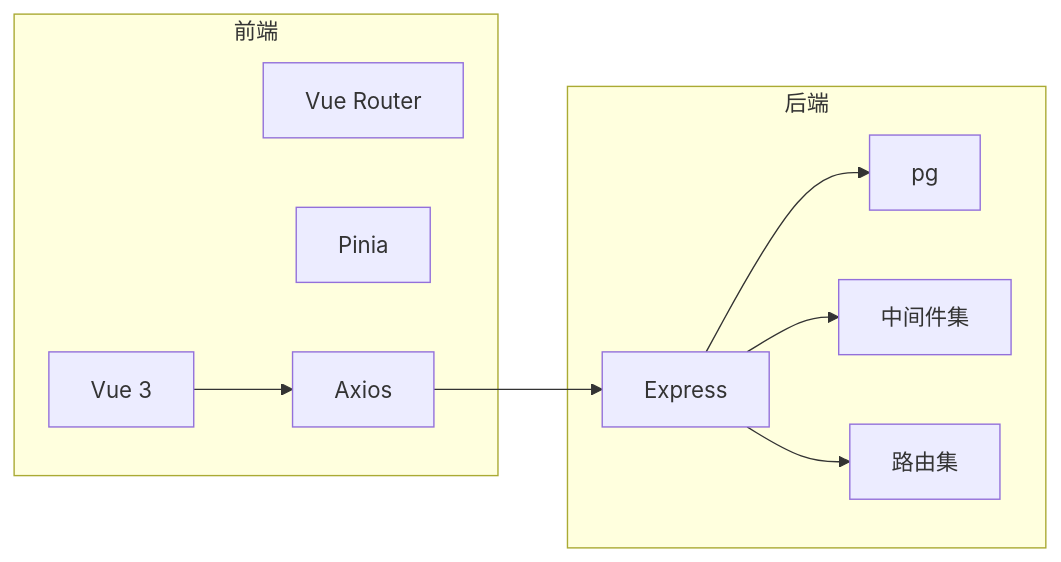
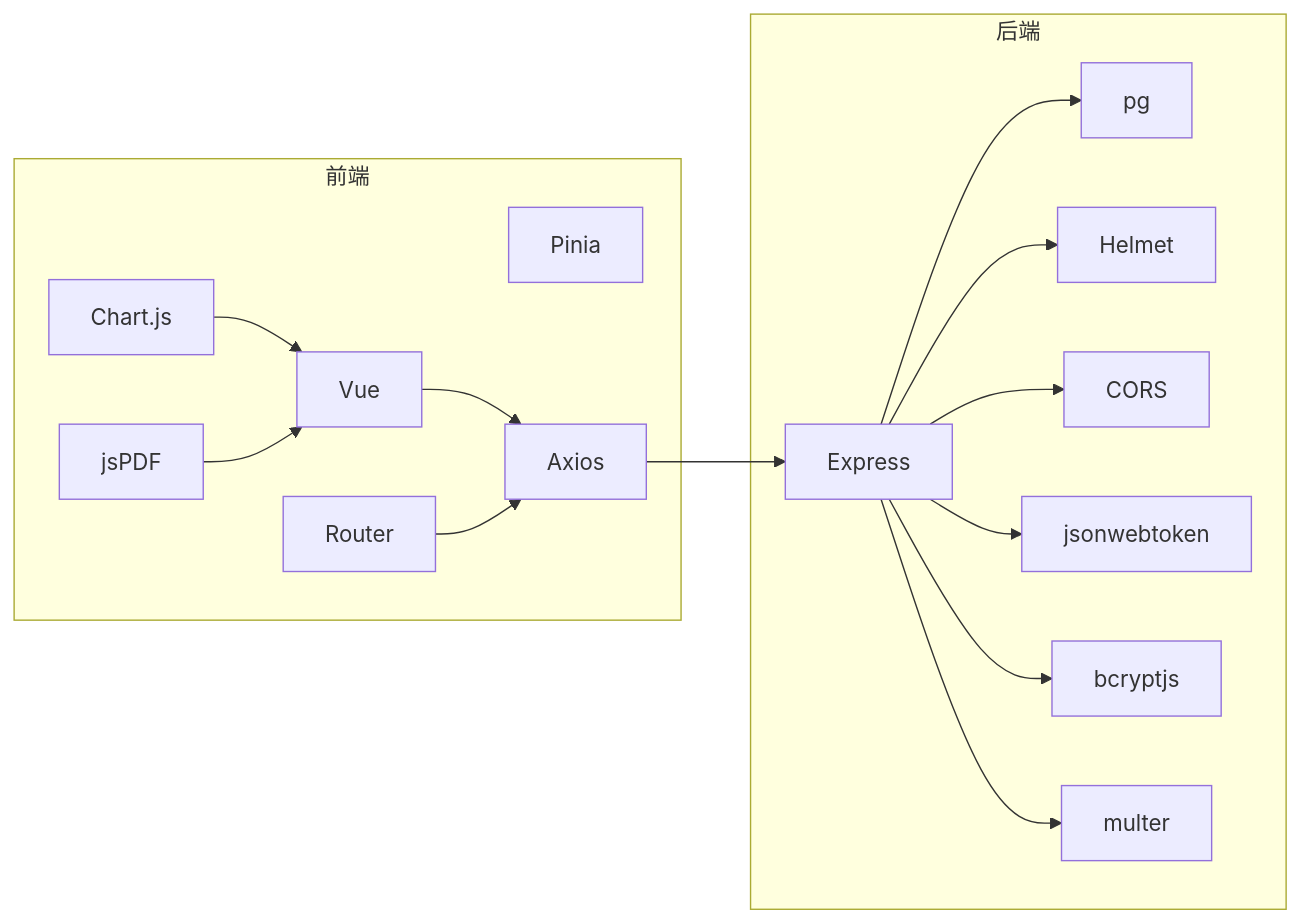
One commit to Juny09/inventory_system changed the seventh of 7 diagrams in .qoder/repowiki/zh/content/系统架构/系统架构.md. Above: the diagram before and after it, drawn with Mermaid. The commit also changed other lines of this file and 171 other files, not shown here.

````diff
--- a/.qoder/repowiki/zh/content/系统架构/系统架构.md
+++ b/.qoder/repowiki/zh/content/系统架构/系统架构.md
@@ -311,20 +351,31 @@
 ```mermaid
 graph LR
 subgraph "前端"
-V["Vue 3"]
-VR["Vue Router"]
+V["Vue"]
 P["Pinia"]
+RR["Router"]
 AX["Axios"]
+CH["Chart.js"]
+PD["jsPDF"]
 end
 subgraph "后端"
-E["Express"]
+EX["Express"]
 PG["pg"]
-HMW["中间件集"]
-RT["路由集"]
+HM["Helmet"]
+CR["CORS"]
+MJ["jsonwebtoken"]
+BC["bcryptjs"]
+MU["multer"]
 end
 V --> AX
-AX --> E
-E --> PG
-E --> HMW
-E --> RT
+RR --> AX
+AX --> EX
+EX --> PG
+EX --> HM
+EX --> CR
+EX --> MJ
+EX --> BC
+EX --> MU
+CH --> V
+PD --> V
 ```
````
